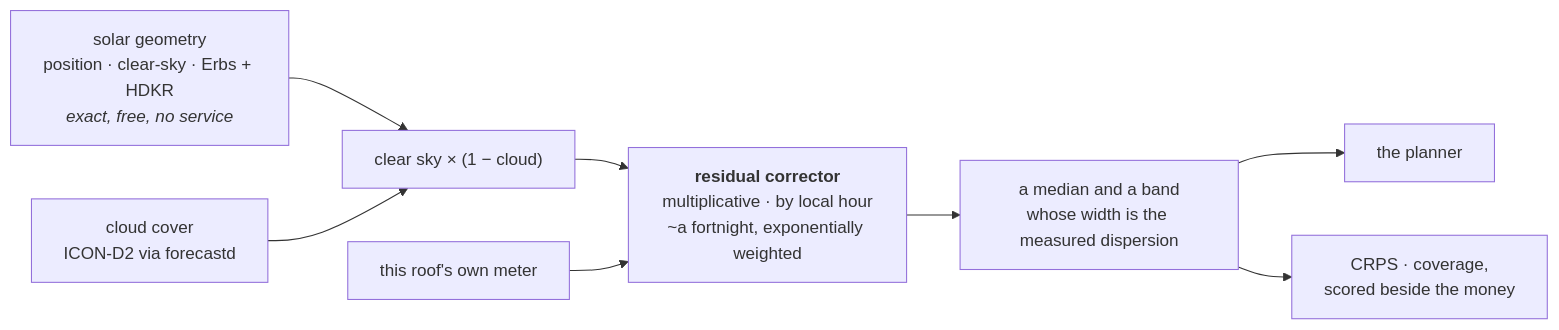
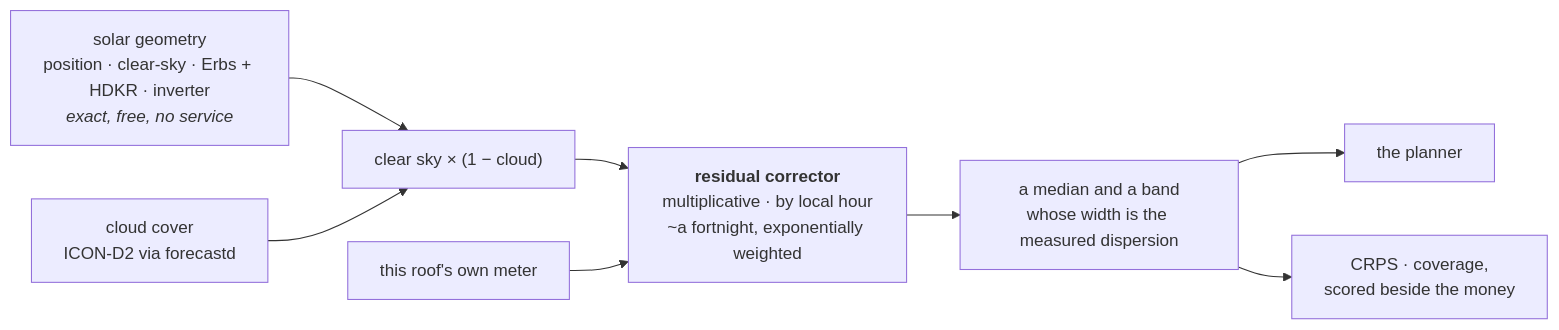
One commit to hupe1980/hems changed the diagram in site/content/docs/forecasting.md. Above: the diagram before and after it, drawn with Mermaid. The commit also changed other lines of this file and 82 other files, not shown here.

```diff
--- a/site/content/docs/forecasting.md
+++ b/site/content/docs/forecasting.md
@@ -50,10 +50,10 @@
 <pre class="mermaid">
 flowchart LR
-  G["solar geometry<br/>position · clear-sky · Erbs + HDKR<br/><i>exact, free, no service</i>"] --> M
+  G["solar geometry<br/>position · clear-sky · Erbs + HDKR · inverter<br/><i>exact, free, no service</i>"] --> M
   W["cloud cover<br/>ICON-D2 via forecastd"] --> M["clear sky × (1 − cloud)"]
   M --> C["<b>residual corrector</b><br/>multiplicative · by local hour<br/>~a fortnight, exponentially weighted"]
   H["this roof's own meter"] --> C
   C --> F["a median and a band<br/>whose width is the measured dispersion"]
   F --> P["the planner"]
   F --> S["CRPS · coverage,<br/>scored beside the money"]
 </pre>
```
